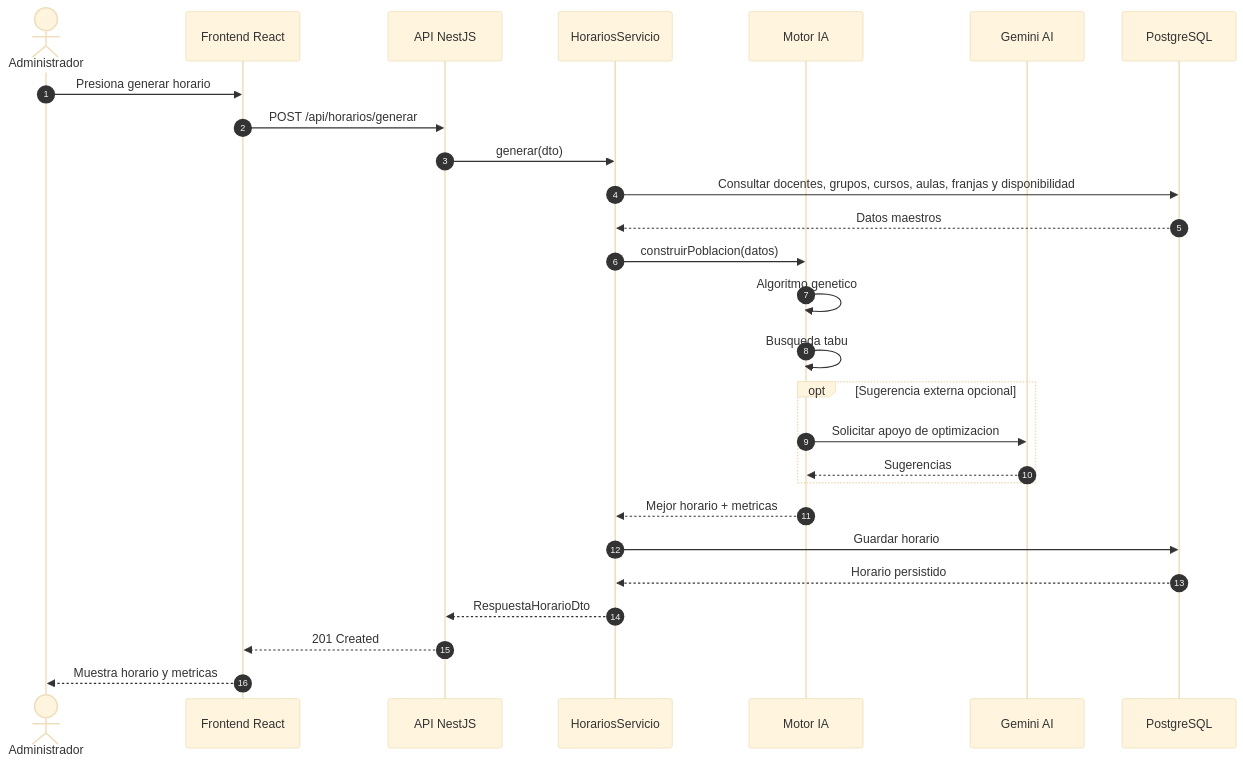
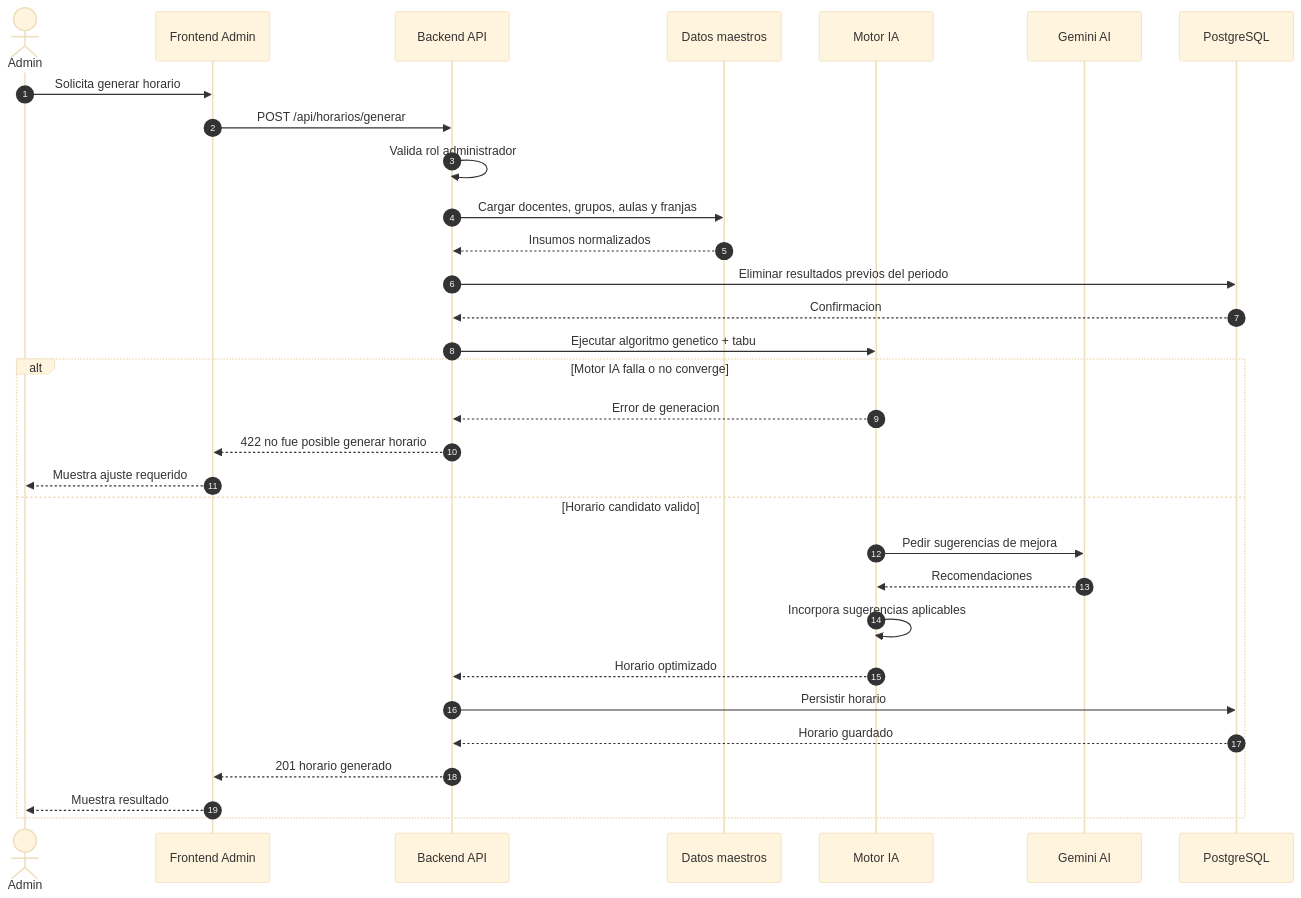
One commit to Proyecto-grado-ucc/proyectoGrado-server changed the diagram in docs/diagramas/07_secuencia_generacion_horario.mmd. Above: the diagram before and after it, drawn with Mermaid (base theme). The commit also changed 34 other files, not shown here.

Commit message:
docs: refine architecture diagrams

```diff
--- a/docs/diagramas/07_secuencia_generacion_horario.mmd
+++ b/docs/diagramas/07_secuencia_generacion_horario.mmd
@@ -1,28 +1,32 @@
 sequenceDiagram
   autonumber
-  actor Admin as Administrador
-  participant FE as Frontend React
-  participant API as API NestJS
-  participant Hor as HorariosServicio
-  participant IA as Motor IA
+  actor Admin
+  participant Front as Frontend Admin
+  participant Api as Backend API
+  participant Datos as Datos maestros
+  participant Motor as Motor IA
   participant Gemini as Gemini AI
-  participant DB as PostgreSQL
+  participant Db as PostgreSQL
 
-  Admin->>FE: Presiona generar horario
-  FE->>API: POST /api/horarios/generar
-  API->>Hor: generar(dto)
-  Hor->>DB: Consultar docentes, grupos, cursos, aulas, franjas y disponibilidad
-  DB-->>Hor: Datos maestros
-  Hor->>IA: construirPoblacion(datos)
-  IA->>IA: Algoritmo genetico
-  IA->>IA: Busqueda tabu
-  opt Sugerencia externa opcional
-    IA->>Gemini: Solicitar apoyo de optimizacion
-    Gemini-->>IA: Sugerencias
+  Admin->>Front: Solicita generar horario
+  Front->>Api: POST /api/horarios/generar
+  Api->>Api: Valida rol administrador
+  Api->>Datos: Cargar docentes, grupos, aulas y franjas
+  Datos-->>Api: Insumos normalizados
+  Api->>Db: Eliminar resultados previos del periodo
+  Db-->>Api: Confirmacion
+  Api->>Motor: Ejecutar algoritmo genetico + tabu
+  alt Motor IA falla o no converge
+    Motor-->>Api: Error de generacion
+    Api-->>Front: 422 no fue posible generar horario
+    Front-->>Admin: Muestra ajuste requerido
+  else Horario candidato valido
+    Motor->>Gemini: Pedir sugerencias de mejora
+    Gemini-->>Motor: Recomendaciones
+    Motor->>Motor: Incorpora sugerencias aplicables
+    Motor-->>Api: Horario optimizado
+    Api->>Db: Persistir horario
+    Db-->>Api: Horario guardado
+    Api-->>Front: 201 horario generado
+    Front-->>Admin: Muestra resultado
   end
-  IA-->>Hor: Mejor horario + metricas
-  Hor->>DB: Guardar horario
-  DB-->>Hor: Horario persistido
-  Hor-->>API: RespuestaHorarioDto
-  API-->>FE: 201 Created
-  FE-->>Admin: Muestra horario y metricas
```
